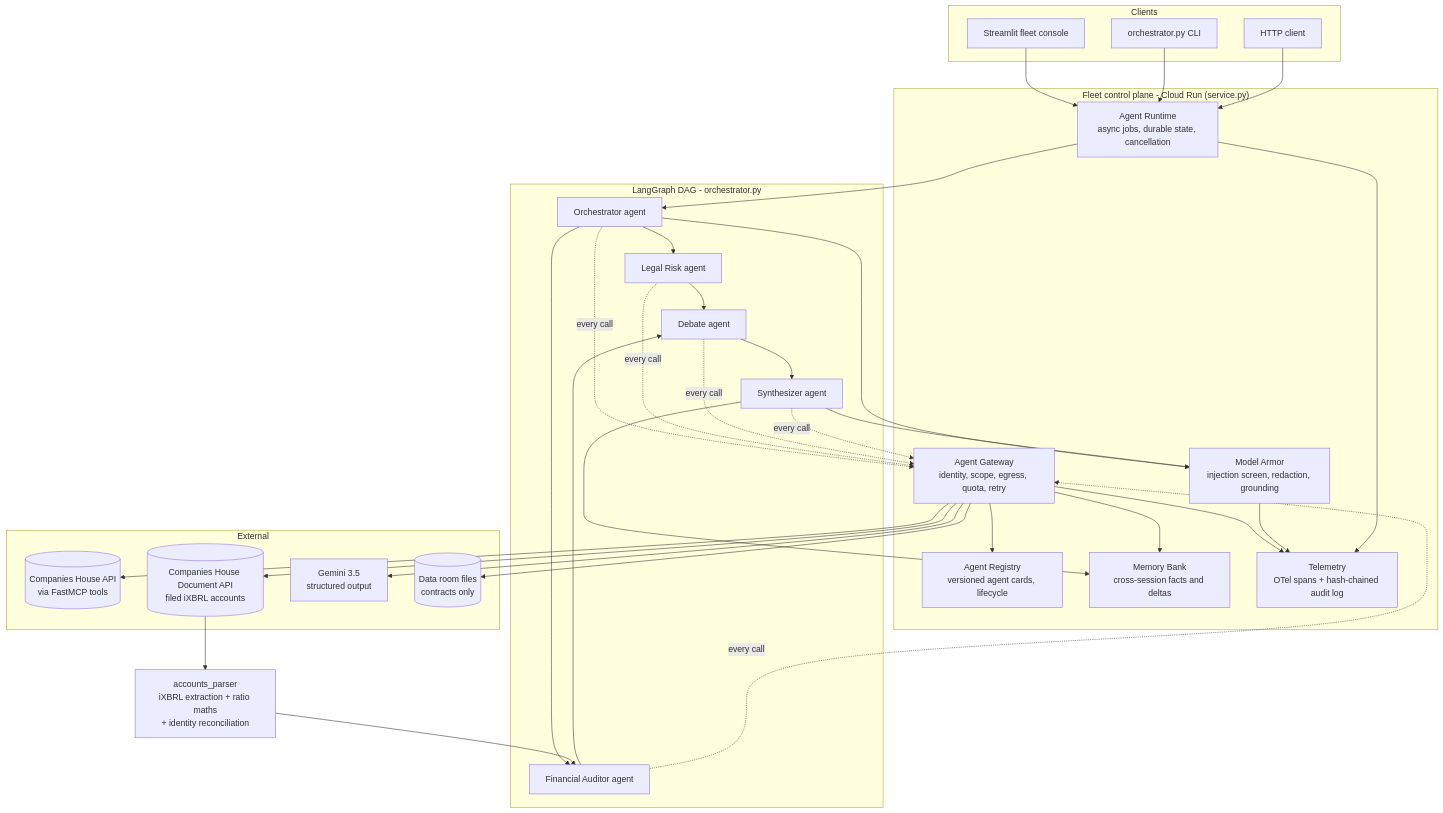
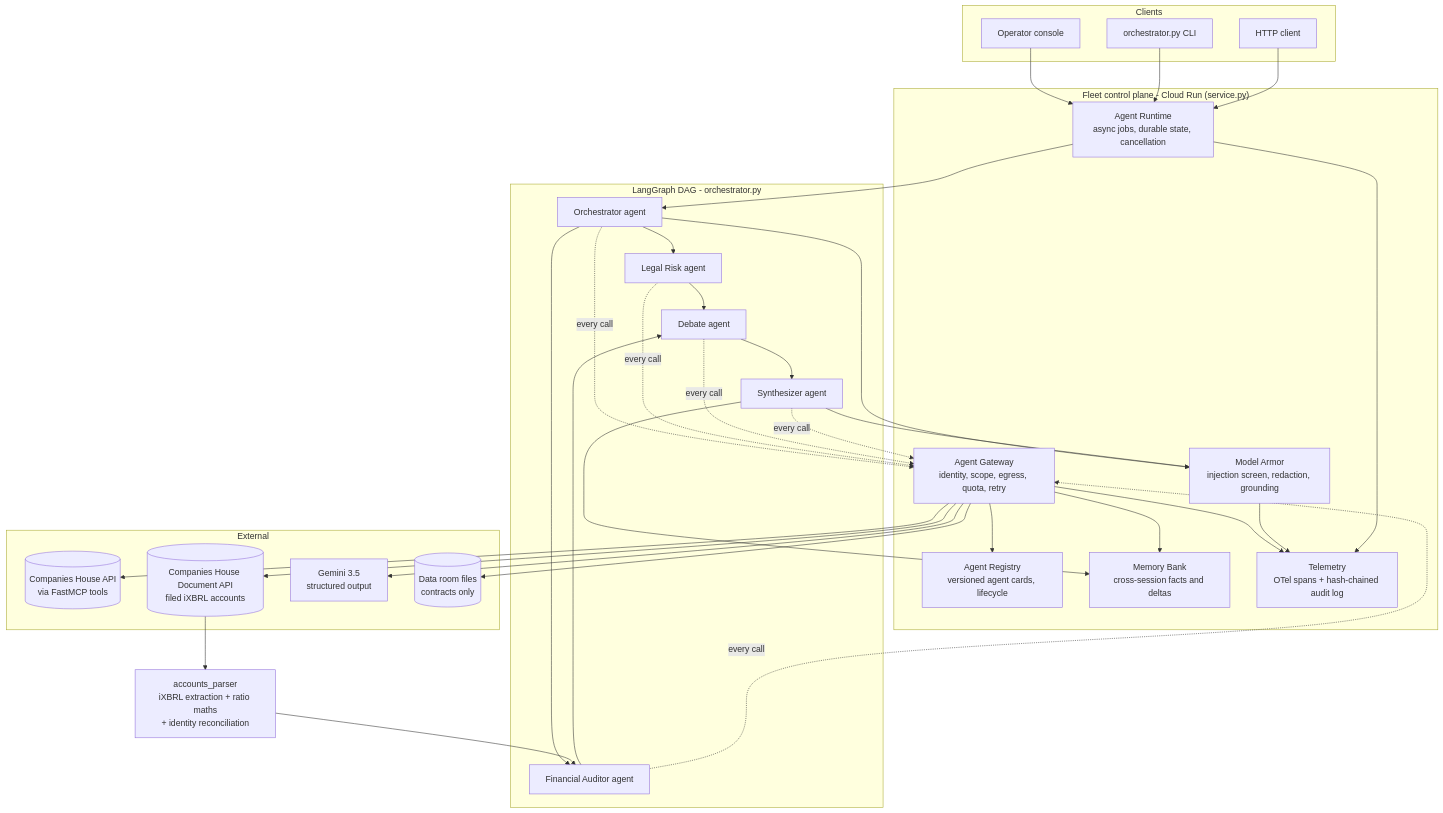
The first of 3 diagrams in ARCHITECTURE.md (AbhishekSinha7/Due-diligence-Direct), drawn with Mermaid before and after one commit. The commit also changed other lines of this file and 67 other files, not shown here.

````diff
--- a/ARCHITECTURE.md
+++ b/ARCHITECTURE.md
@@ -11,65 +11,65 @@
 ```mermaid
 flowchart TB
     subgraph Clients
-        UI[Streamlit fleet console]
+        UI[Operator console]
         CLI[orchestrator.py CLI]
         API[HTTP client]
     end
 
     subgraph ControlPlane["Fleet control plane - Cloud Run (service.py)"]
         RT[Agent Runtime<br/>async jobs, durable state, cancellation]
         REG[Agent Registry<br/>versioned agent cards, lifecycle]
         GW[Agent Gateway<br/>identity, scope, egress, quota, retry]
         ARM[Model Armor<br/>injection screen, redaction, grounding]
         MEM[Memory Bank<br/>cross-session facts and deltas]
         TEL[Telemetry<br/>OTel spans + hash-chained audit log]
     end
 
     subgraph Fleet["LangGraph DAG - orchestrator.py"]
         ORC[Orchestrator agent]
         LEG[Legal Risk agent]
         FIN[Financial Auditor agent]
         DEB[Debate agent]
         SYN[Synthesizer agent]
     end
 
     subgraph External
         CH[(Companies House API<br/>via FastMCP tools)]
         DOC[(Companies House Document API<br/>filed iXBRL accounts)]
         GEM[Gemini 3.5<br/>structured output]
         DR[(Data room files<br/>contracts only)]
     end
 
     ACC[accounts_parser<br/>iXBRL extraction + ratio maths<br/>+ identity reconciliation]
 
     UI --> RT
     CLI --> RT
     API --> RT
     RT --> ORC
     ORC --> LEG
     ORC --> FIN
     LEG --> DEB
     FIN --> DEB
     DEB --> SYN
 
     ORC -.every call.-> GW
     LEG -.every call.-> GW
     FIN -.every call.-> GW
     DEB -.every call.-> GW
     SYN -.every call.-> GW
 
     GW --> REG
     GW --> CH
     GW --> DOC
     GW --> GEM
     GW --> DR
     GW --> MEM
     DOC --> ACC
     ACC --> FIN
     ORC --> ARM
     SYN --> ARM
     SYN --> MEM
     GW --> TEL
     ARM --> TEL
     RT --> TEL
 ```
````
